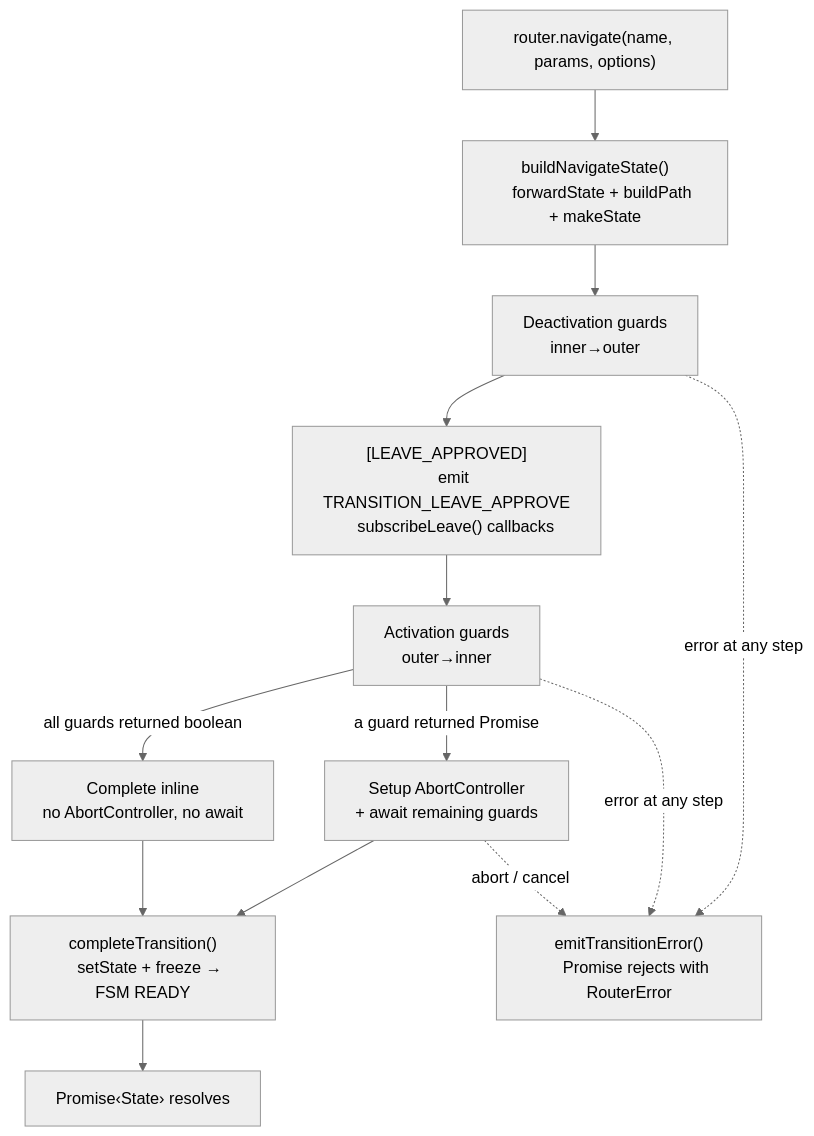
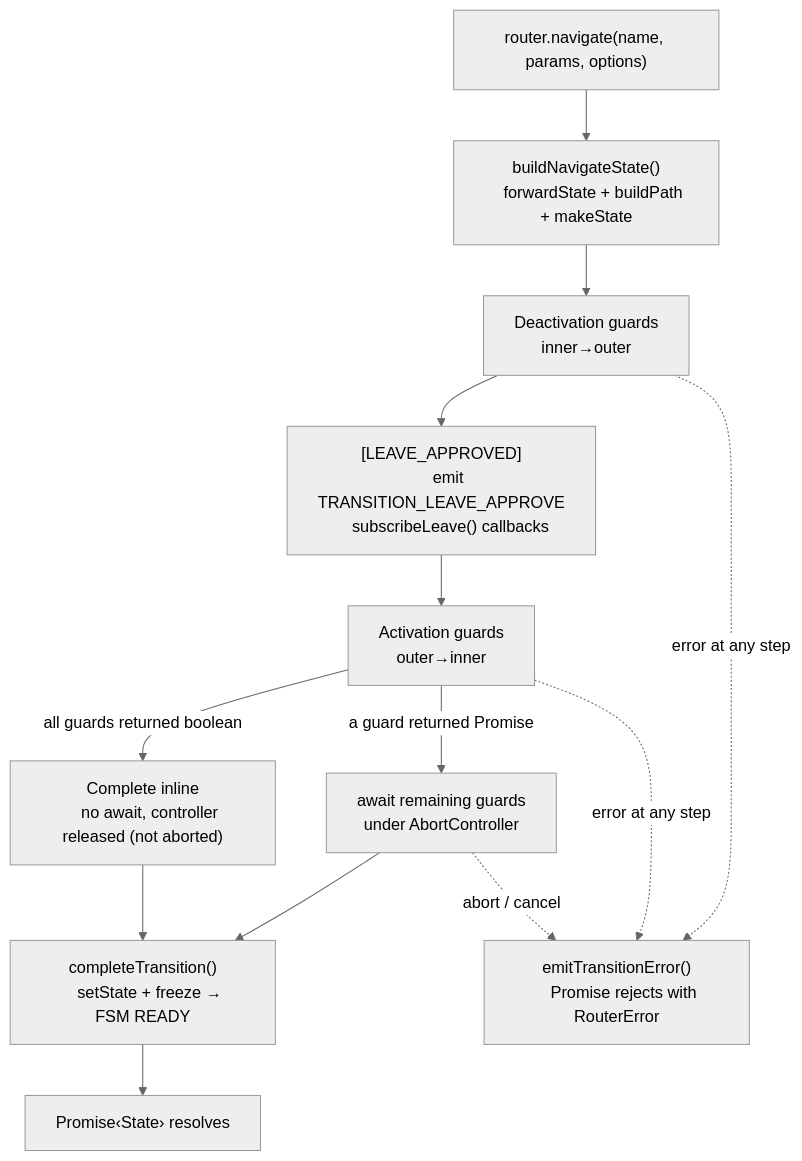
One commit to greydragon888/real-router changed the third of 3 diagrams in ARCHITECTURE.md. Above: the diagram before and after it, drawn with Mermaid (neutral theme). The commit also changed other lines of this file and 2 other files, not shown here.

Commit message:
docs: correct 4 stale claims surfaced by core architecture review
- ARCHITECTURE.md: drop non-existent `add` interceptor row
  (InterceptableMethodMap is start/buildPath/forwardState only)
- ARCHITECTURE.md + core/CLAUDE.md: fix "AbortController only on async
  path" — it is created synchronously whenever guards or subscribeLeave
  listeners exist; aborts only on cancel/error, never on success (#722)
- IMPLEMENTATION_NOTES.md: treeOperations holds commitTreeChanges/
  resetStore/nodeToDefinition, not addRouteNode/removeRouteNode
- core/CLAUDE.md: count three invariant guards (add claimContextNamespace)

````diff
--- a/ARCHITECTURE.md
+++ b/ARCHITECTURE.md
@@ -320,35 +320,35 @@
 ```mermaid
 flowchart TD
     NAV["router.navigate(name, params, options)"] --> BUILD
     BUILD["buildNavigateState()
     forwardState + buildPath + makeState"] --> DEACTIVATE
     DEACTIVATE["Deactivation guards
     inner→outer"]
 
     DEACTIVATE --> LEAVE["[LEAVE_APPROVED]
     emit TRANSITION_LEAVE_APPROVE
     subscribeLeave() callbacks"]
 
     LEAVE --> ACTIVATE["Activation guards
     outer→inner"]
 
     ACTIVATE -->|all guards returned boolean| SYNC
     ACTIVATE -->|a guard returned Promise| ASYNC
 
     SYNC["Complete inline
-    no AbortController, no await"]
-    ASYNC["Setup AbortController
-    + await remaining guards"]
+    no await, controller released (not aborted)"]
+    ASYNC["await remaining guards
+    under AbortController"]
 
     SYNC --> COMPLETE
     ASYNC --> COMPLETE
 
     COMPLETE["completeTransition()
     setState + freeze → FSM READY"]
     COMPLETE --> RESOLVE["Promise‹State› resolves"]
 
     DEACTIVATE -.->|error at any step| ERR["emitTransitionError()
     Promise rejects with RouterError"]
     ACTIVATE -.->|error at any step| ERR
     ASYNC -.->|abort / cancel| ERR
 ```
````
